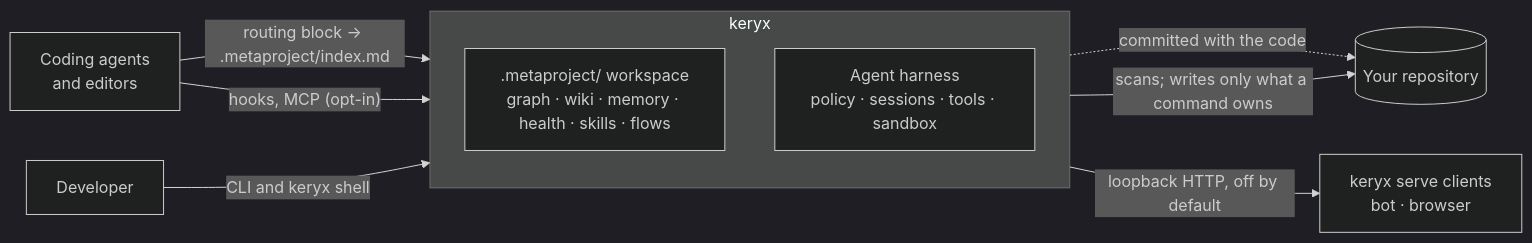
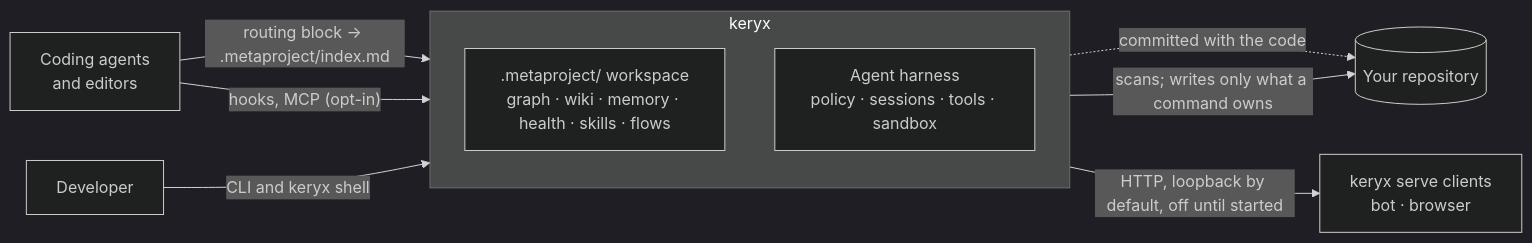
One commit to MrCipherSmith/keryx changed the first of 6 diagrams in docs/docs/architecture.md. Above: the diagram before and after it, drawn with Mermaid (dark theme). The commit also changed other lines of this file and 11 other files, not shown here.

First line of the commit message:
docs: keryx serve binds to loopback by default, stated the same way everywhere; --auto skips the /mode confirmation

````diff
--- a/docs/docs/architecture.md
+++ b/docs/docs/architecture.md
@@ -29,19 +29,19 @@
 ```mermaid
 flowchart LR
   H["Developer"]
   A["Coding agents<br/>and editors"]
   R[("Your repository")]
 
   subgraph K["keryx"]
     direction TB
     W[".metaproject/ workspace<br/>graph · wiki · memory · health · skills · flows"]
     S["Agent harness<br/>policy · sessions · tools · sandbox"]
   end
 
   H -->|"CLI and keryx shell"| K
   A -->|"routing block → .metaproject/index.md"| W
   A -->|"hooks, MCP (opt-in)"| W
   K -->|"scans; writes only what a command owns"| R
   W -.->|"committed with the code"| R
-  S -->|"loopback HTTP, off by default"| E["keryx serve clients<br/>bot · browser"]
+  S -->|"HTTP, loopback by default, off until started"| E["keryx serve clients<br/>bot · browser"]
 ```
````
